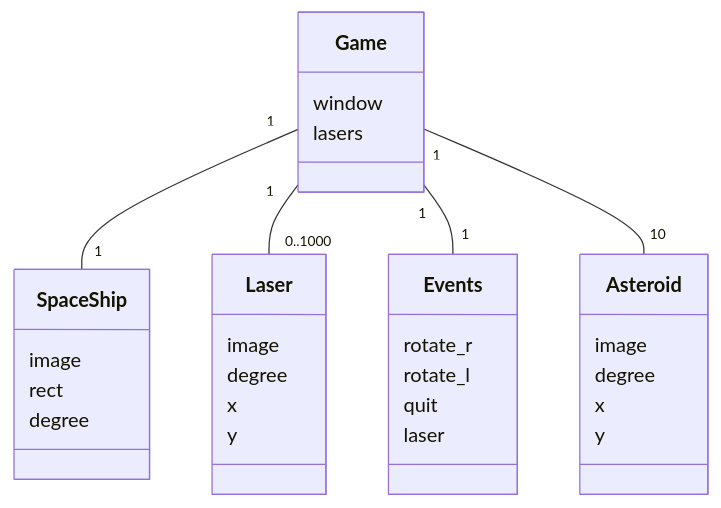
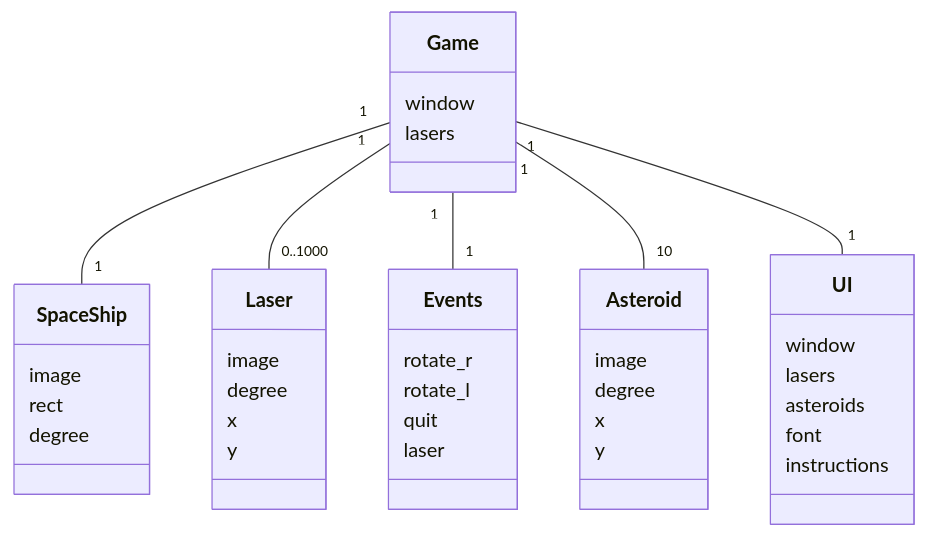
One commit to olgahuusari/ot-harjoitustyo changed the diagram in dokumentaatio/arkkitehtuuri.md. Above: the diagram before and after it, drawn with Mermaid.

````diff
--- a/dokumentaatio/arkkitehtuuri.md
+++ b/dokumentaatio/arkkitehtuuri.md
@@ -1,35 +1,43 @@
 ```mermaid
     classDiagram
     class Game{
         window
         lasers
     }
     class SpaceShip{
         image
         rect
         degree
     }
     class Laser{
         image
         degree
         x
         y
     }
     class Events{
         rotate_r
         rotate_l
         quit
         laser
     }
+    class UI{
+        window
+        lasers
+        asteroids
+        font
+        instructions
+    }
     class Asteroid{
         image
         degree
         x
         y
     }
     Game "1" -- "1" SpaceShip
     Game "1" -- "0..1000" Laser
     Game "1" --"1" Events
     Game "1" --"10" Asteroid
+    Game "1" --"1" UI
 
 ```
````
